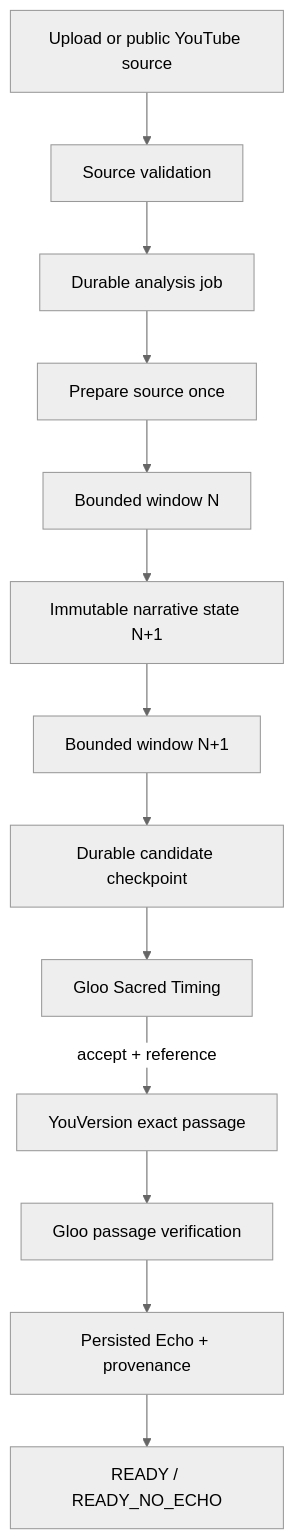
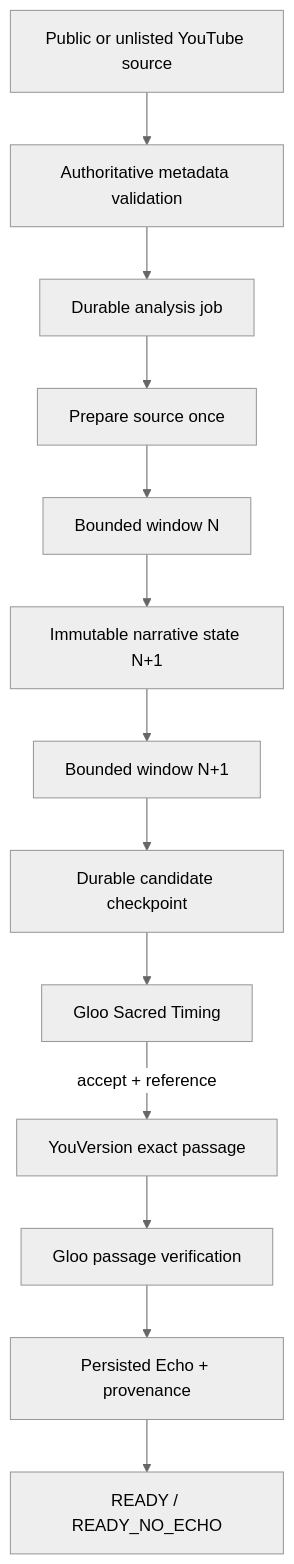
One commit to PrathmeshAdsod/STILL-Scriptures changed the diagram in docs/architecture.md. Above: the diagram before and after it, drawn with Mermaid (neutral theme). The commit also changed other lines of this file and 27 other files, not shown here.

Commit message:
Ship protected arbitrary YouTube analysis

````diff
--- a/docs/architecture.md
+++ b/docs/architecture.md
@@ -3,15 +3,15 @@
 ```mermaid
 flowchart TD
-  Source[Upload or public YouTube source] --> Validate[Source validation]
+  Source[Public or unlisted YouTube source] --> Validate[Authoritative metadata validation]
   Validate --> Job[Durable analysis job]
   Job --> Prepare[Prepare source once]
   Prepare --> W1[Bounded window N]
   W1 --> State[Immutable narrative state N+1]
   State --> Next[Bounded window N+1]
   Next --> Candidate[Durable candidate checkpoint]
   Candidate --> Gloo[Gloo Sacred Timing]
   Gloo -->|accept + reference| YV[YouVersion exact passage]
   YV --> Verify[Gloo passage verification]
   Verify --> Echo[Persisted Echo + provenance]
   Echo --> Ready[READY / READY_NO_ECHO]
 ```
````
